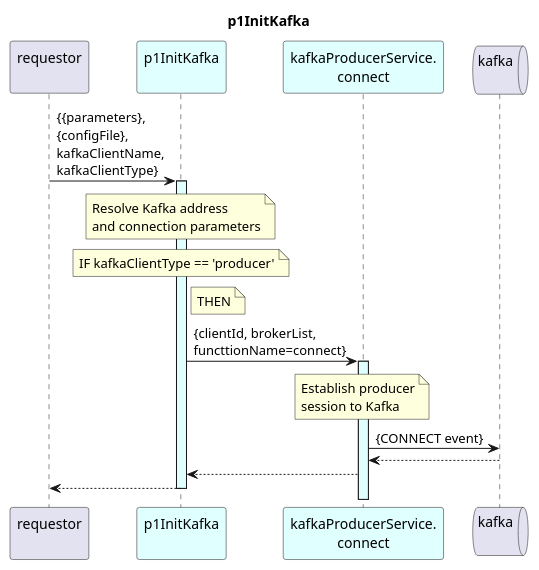
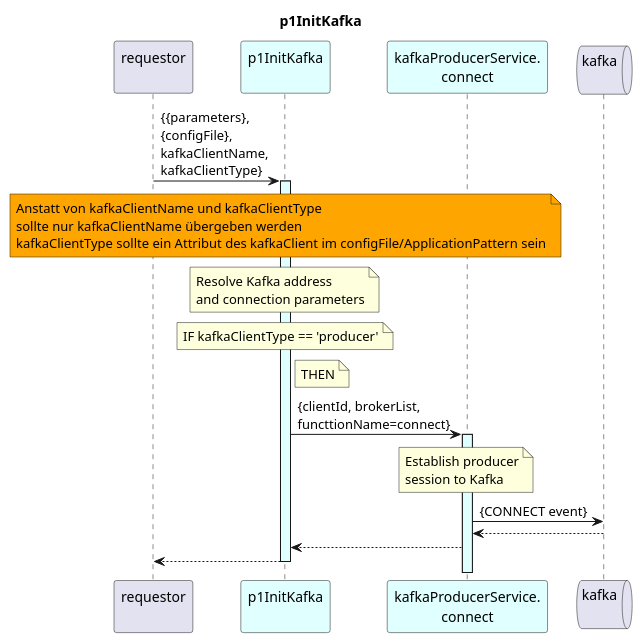
One commit to openBackhaul/DevicePerformanceManagementDataProcessor changed the diagram in spec/Functions/specificFunctions/p1StreamPmData/p1InitKafka/1.0.0/p1InitKafka.plantuml. Above: the diagram before and after it, drawn with PlantUML. The commit also changed 2 other files, not shown here.

Commit message:
Ideen zu p1InitiKafka

```diff
--- a/spec/Functions/specificFunctions/p1StreamPmData/p1InitKafka/1.0.0/p1InitKafka.plantuml
+++ b/spec/Functions/specificFunctions/p1StreamPmData/p1InitKafka/1.0.0/p1InitKafka.plantuml
@@ -1,44 +1,50 @@
 @startuml p1InitKafka
 skinparam responseMessageBelowArrow true
 
 title
   p1InitKafka
 end title
 
 participant "requestor\n" as requestor
 participant "p1InitKafka\n" as p1Init #LightCyan
 participant "kafkaProducerService.\nconnect" as p1KafkaP #LightCyan
 queue "kafka\n" as kafka
 
 requestor -> p1Init : {{parameters},\n{configFile},\nkafkaClientName,\nkafkaClientType}
 activate p1Init #LightCyan
+
+  note over p1Init #Orange
+    Anstatt von kafkaClientName und kafkaClientType
+    sollte nur kafkaClientName übergeben werden
+    kafkaClientType sollte ein Attribut des kafkaClient im configFile/ApplicationPattern sein
+  end note
 
   note over p1Init
     Resolve Kafka address
     and connection parameters
   end note
 
   note over p1Init
     IF kafkaClientType == 'producer'
   end note
 
   note right p1Init
     THEN
   end note
 
   p1Init -> p1KafkaP : {clientId, brokerList, \nfuncttionName=connect}
   activate p1KafkaP #LightCyan
 
     note over p1KafkaP
       Establish producer
       session to Kafka
     end note
     p1KafkaP -> kafka : {CONNECT event}
     p1KafkaP <-- kafka
 
   p1Init <-- p1KafkaP
 
 requestor <-- p1Init
 deactivate p1Init
 
 @enduml
```
